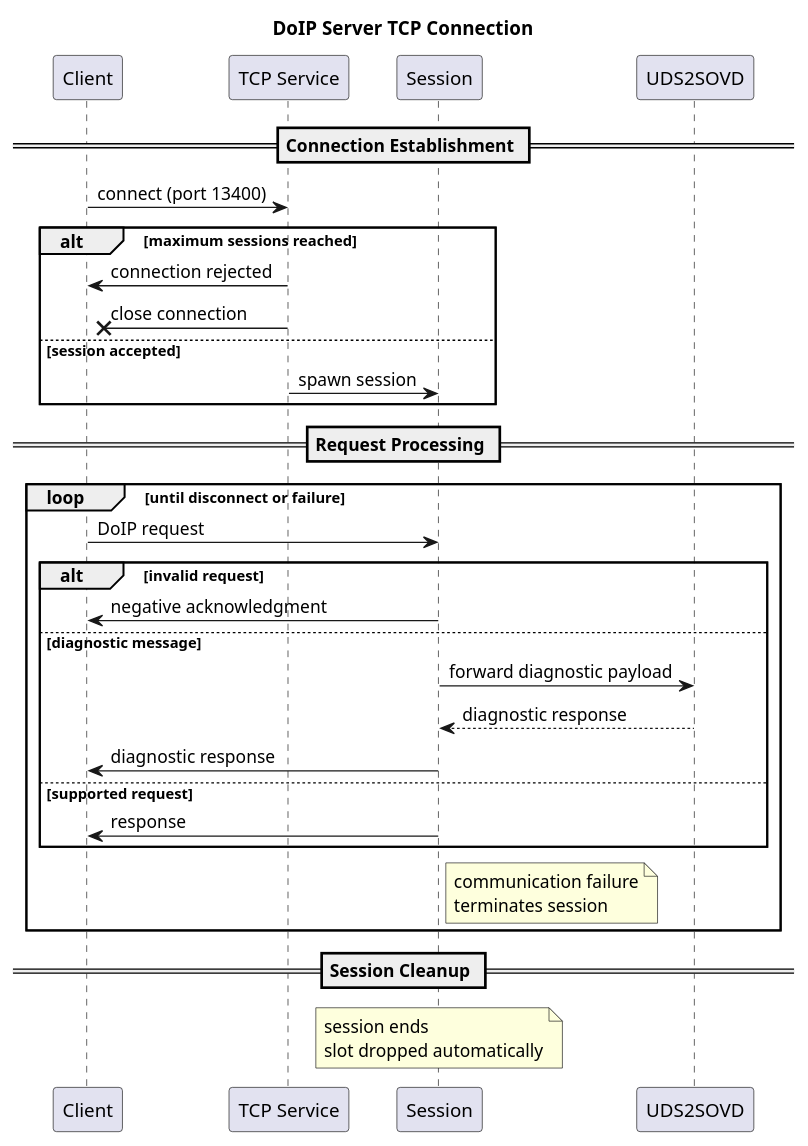
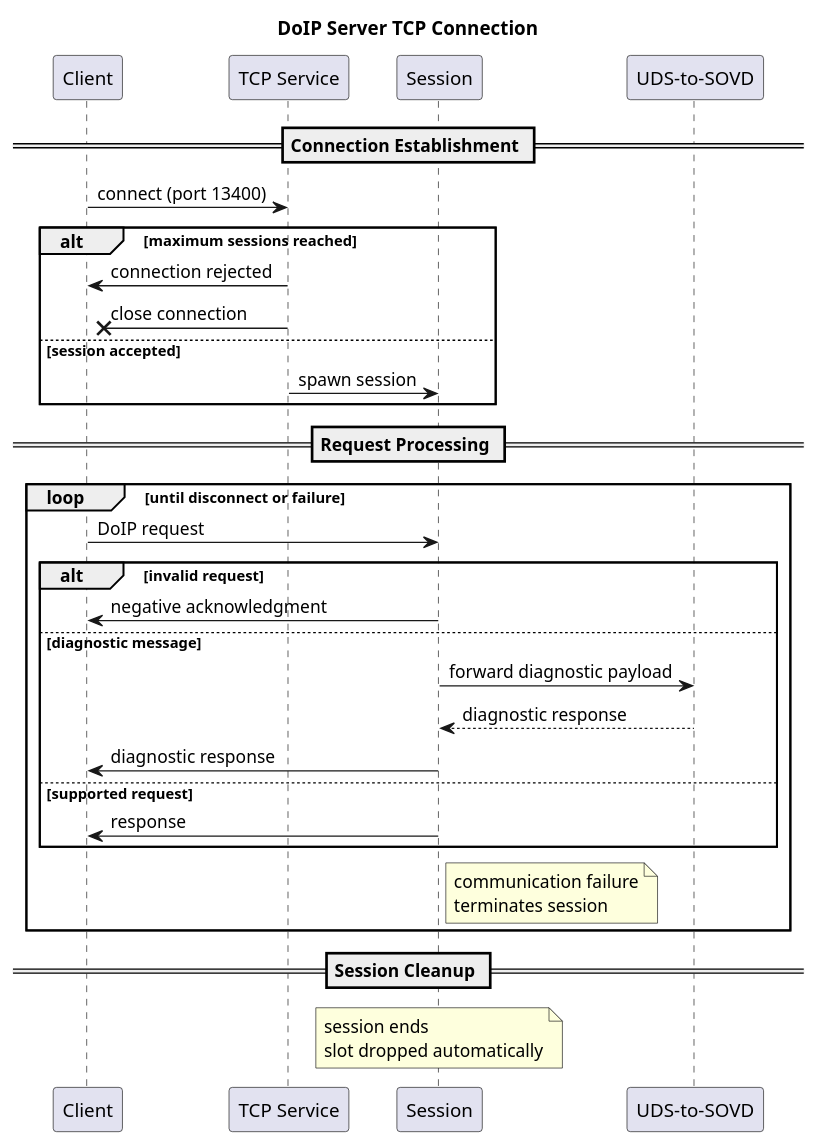
One commit to VinaykumarRS1995/uds2sovd-proxy changed the diagram in docs/sequence/tcp_connection.puml. Above: the diagram before and after it, drawn with PlantUML. The commit also changed 9 other files, not shown here.

First line of the commit message:
docs: update crate name references and refresh diagrams

```diff
--- a/docs/sequence/tcp_connection.puml
+++ b/docs/sequence/tcp_connection.puml
@@ -13,63 +13,63 @@
 @startuml doip_server_tcp_connection
 title DoIP Server TCP Connection
 
 <style>
 sequenceDiagram {
     LineType ortho
     MessageAlign center
     ResponseMessageBelowArrow true
     ParticipantPadding 40
 }
 </style>
 
 participant "Client" as Client
 participant "TCP Service" as Tcp
 participant "Session" as Sess
-participant "UDS2SOVD" as Proxy
+participant "UDS-to-SOVD" as Proxy
 
 == Connection Establishment ==
 
 Client -> Tcp: connect (port 13400)
 
 alt maximum sessions reached
 Tcp -> Client: connection rejected
 Tcp ->x Client: close connection
 
 else session accepted
 Tcp -> Sess: spawn session
 end
 
 == Request Processing ==
 
 loop until disconnect or failure
 
 
 Client -> Sess: DoIP request
 
 alt invalid request
     Sess -> Client: negative acknowledgment
 
 else diagnostic message
     Sess -> Proxy: forward diagnostic payload
     Proxy --> Sess: diagnostic response
     Sess -> Client: diagnostic response
 
 else supported request
     Sess -> Client: response
 end
 
 note right of Sess
     communication failure
     terminates session
 end note
 
 
 end
 
 == Session Cleanup ==
 
 note over Sess
     session ends
     slot dropped automatically
 end note
 @enduml
```
